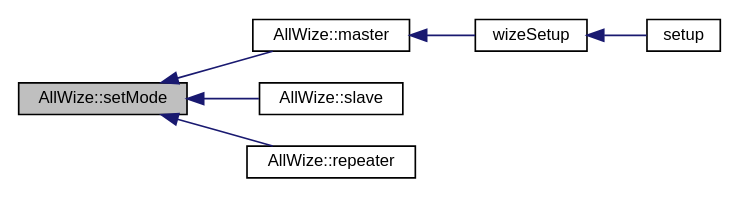
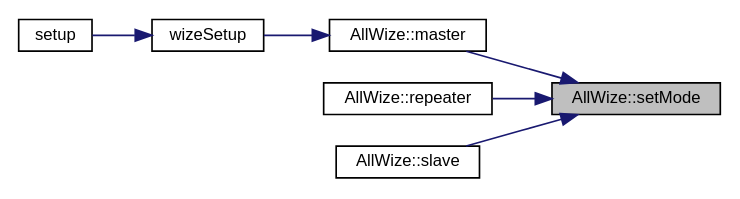
The diagram in docs/classAllWize_acfb7c6ac04ef8cefd4bc472bff2f1ee0_icgraph.dot (AllWize/allwize), drawn with Graphviz before and after one commit. The commit also changed 1467 other files, not shown here.

```diff
--- a/docs/classAllWize_acfb7c6ac04ef8cefd4bc472bff2f1ee0_icgraph.dot
+++ b/docs/classAllWize_acfb7c6ac04ef8cefd4bc472bff2f1ee0_icgraph.dot
@@ -1,17 +1,18 @@
 digraph "AllWize::setMode"
 {
+ // LATEX_PDF_SIZE
   edge [fontname="Helvetica",fontsize="10",labelfontname="Helvetica",labelfontsize="10"];
   node [fontname="Helvetica",fontsize="10",shape=record];
-  rankdir="LR";
-  Node1530 [label="AllWize::setMode",height=0.2,width=0.4,color="black", fillcolor="grey75", style="filled", fontcolor="black"];
-  Node1530 -> Node1531 [dir="back",color="midnightblue",fontsize="10",style="solid",fontname="Helvetica"];
-  Node1531 [label="AllWize::master",height=0.2,width=0.4,color="black", fillcolor="white", style="filled",URL="$classAllWize.html#a4bc5852f9e7b1b561d58824c9cdc25c9",tooltip="Sets the module in master mode. "];
-  Node1531 -> Node1532 [dir="back",color="midnightblue",fontsize="10",style="solid",fontname="Helvetica"];
-  Node1532 [label="wizeSetup",height=0.2,width=0.4,color="black", fillcolor="white", style="filled",URL="$wize_8h.html#a6bd811aed13d28451110ad176dabf3c4"];
-  Node1532 -> Node1533 [dir="back",color="midnightblue",fontsize="10",style="solid",fontname="Helvetica"];
-  Node1533 [label="setup",height=0.2,width=0.4,color="black", fillcolor="white", style="filled",URL="$main_8cpp.html#a4fc01d736fe50cf5b977f755b675f11d"];
-  Node1530 -> Node1534 [dir="back",color="midnightblue",fontsize="10",style="solid",fontname="Helvetica"];
-  Node1534 [label="AllWize::slave",height=0.2,width=0.4,color="black", fillcolor="white", style="filled",URL="$classAllWize.html#a04923626b08d628f4fa4ecef2f424f88",tooltip="Sets the module in slave mode. "];
-  Node1530 -> Node1535 [dir="back",color="midnightblue",fontsize="10",style="solid",fontname="Helvetica"];
-  Node1535 [label="AllWize::repeater",height=0.2,width=0.4,color="black", fillcolor="white", style="filled",URL="$classAllWize.html#a5c455d5592a76becb86dc80ecc60e318",tooltip="Sets the module in repeater mode. "];
+  rankdir="RL";
+  Node1 [label="AllWize::setMode",height=0.2,width=0.4,color="black", fillcolor="grey75", style="filled", fontcolor="black",tooltip="Sets the module in one of the available MBus modes."];
+  Node1 -> Node2 [dir="back",color="midnightblue",fontsize="10",style="solid",fontname="Helvetica"];
+  Node2 [label="AllWize::master",height=0.2,width=0.4,color="black", fillcolor="white", style="filled",URL="$classAllWize.html#a4bc5852f9e7b1b561d58824c9cdc25c9",tooltip="Sets the module in master mode."];
+  Node2 -> Node3 [dir="back",color="midnightblue",fontsize="10",style="solid",fontname="Helvetica"];
+  Node3 [label="wizeSetup",height=0.2,width=0.4,color="black", fillcolor="white", style="filled",URL="$wize_8h.html#a6bd811aed13d28451110ad176dabf3c4",tooltip=" "];
+  Node3 -> Node4 [dir="back",color="midnightblue",fontsize="10",style="solid",fontname="Helvetica"];
+  Node4 [label="setup",height=0.2,width=0.4,color="black", fillcolor="white", style="filled",URL="$main_8cpp.html#a4fc01d736fe50cf5b977f755b675f11d",tooltip=" "];
+  Node1 -> Node5 [dir="back",color="midnightblue",fontsize="10",style="solid",fontname="Helvetica"];
+  Node5 [label="AllWize::repeater",height=0.2,width=0.4,color="black", fillcolor="white", style="filled",URL="$classAllWize.html#a5c455d5592a76becb86dc80ecc60e318",tooltip="Sets the module in repeater mode."];
+  Node1 -> Node6 [dir="back",color="midnightblue",fontsize="10",style="solid",fontname="Helvetica"];
+  Node6 [label="AllWize::slave",height=0.2,width=0.4,color="black", fillcolor="white", style="filled",URL="$classAllWize.html#a04923626b08d628f4fa4ecef2f424f88",tooltip="Sets the module in slave mode."];
 }
```
